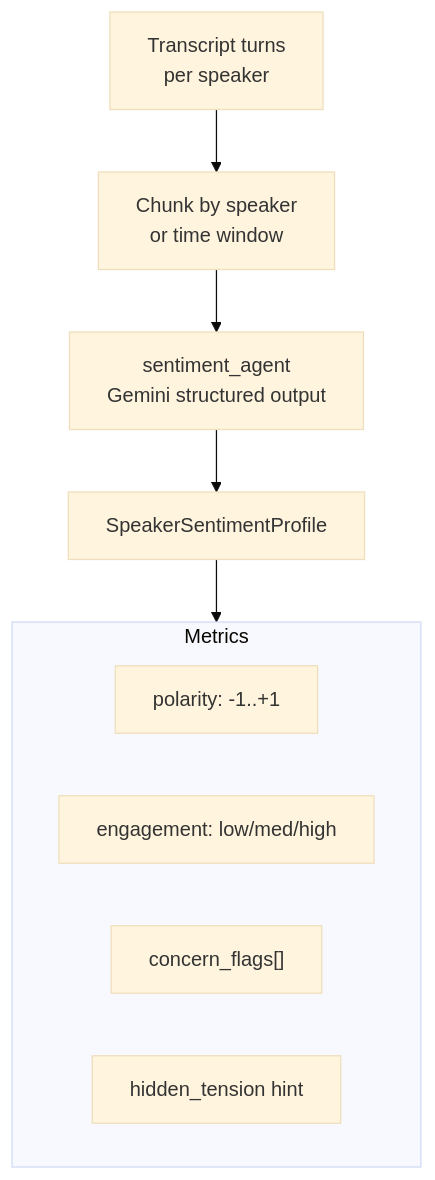
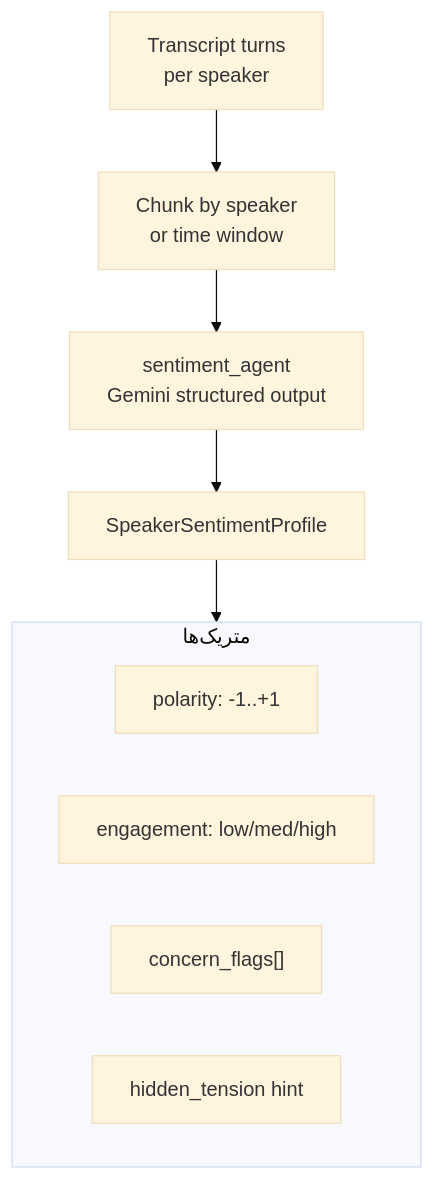
The diagram in docs/diagrams/03-roadmap-and-future-work-5.mmd (Rvin-zh/meeting-assistant), drawn with Mermaid (base theme) before and after one commit. The commit also changed 35 other files, not shown here.

```diff
--- a/docs/diagrams/03-roadmap-and-future-work-5.mmd
+++ b/docs/diagrams/03-roadmap-and-future-work-5.mmd
@@ -1,13 +1,13 @@
 flowchart TB
     TR["Transcript turns<br/>per speaker"]
     CH["Chunk by speaker<br/>or time window"]
     SA["sentiment_agent<br/>Gemini structured output"]
     OUT["SpeakerSentimentProfile"]
     TR --> CH --> SA --> OUT
-    subgraph metrics ["Metrics"]
+    subgraph metrics ["متریک‌ها"]
         M1["polarity: -1..+1"]
         M2["engagement: low/med/high"]
         M3["concern_flags[]"]
         M4["hidden_tension hint"]
     end
     OUT --> metrics
```
